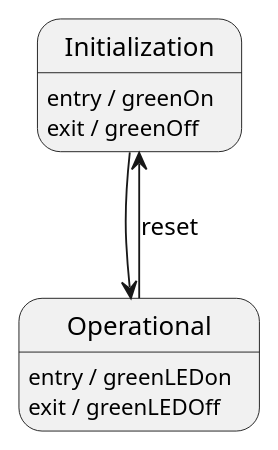
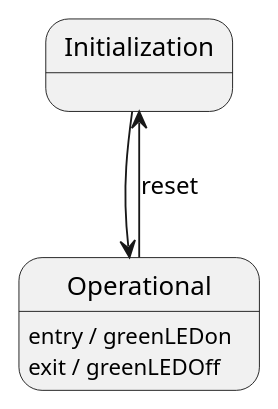
One commit to ManiGautason/T-738-EMBE changed the diagram in Projects/Project_3/docs/diagrams/src/sate.wsd. Above: the diagram before and after it, drawn with PlantUML.

Commit message:
Update sate.wsd
changed state.wsd

```diff
--- a/Projects/Project_3/docs/diagrams/src/sate.wsd
+++ b/Projects/Project_3/docs/diagrams/src/sate.wsd
@@ -1,19 +1,18 @@
 @startuml state_diagram
 
 ' [*] -->  Initialization : Init
 
 state Initialization {
-    Initialization: entry / greenOn
-    Initialization: exit / greenOff
+
 }
 
 Initialization --> Operational
 
 
 state Operational {
     Operational: entry / greenLEDon
     Operational: exit / greenLEDOff
 }
 
 Operational --> Initialization : reset
 @enduml
```
